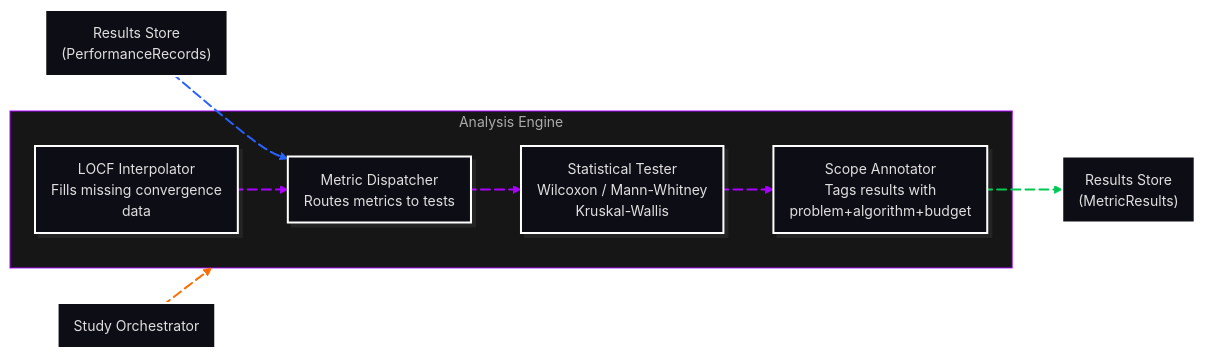
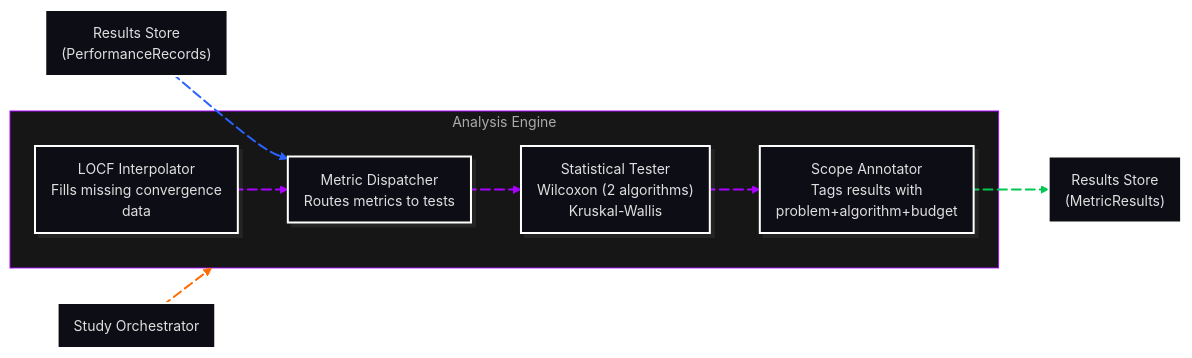
The diagram in docs/02-design/02-architecture/03-c4-leve2-containers/04-c4-leve3-components/04-analysis-engine/01-index.md (jedrzejpolaczek/aviarium.corvidae.corvus_corone), drawn with Mermaid before and after one commit. The commit also changed other lines of this file and 35 other files, not shown here.

````diff
--- a/docs/02-design/02-architecture/03-c4-leve2-containers/04-c4-leve3-components/04-analysis-engine/01-index.md
+++ b/docs/02-design/02-architecture/03-c4-leve2-containers/04-c4-leve3-components/04-analysis-engine/01-index.md
@@ -13,38 +13,38 @@
 ```mermaid
 ---
 config:
   look: neo
   theme: redux-dark
   themeVariables:
     background: transparent
 ---
 flowchart LR
   orch["Study Orchestrator"] L_orch_ae@--> ae
 
   subgraph ae["Analysis Engine"]
     md["Metric Dispatcher\nRoutes metrics to tests"]
-    st["Statistical Tester\nWilcoxon / Mann-Whitney\nKruskal-Wallis"]
+    st["Statistical Tester\nWilcoxon (2 algorithms)\nKruskal-Wallis"]
     sa["Scope Annotator\nTags results with\nproblem+algorithm+budget"]
     li["LOCF Interpolator\nFills missing convergence\ndata"]
   end
 
   store_in["Results Store\n(PerformanceRecords)"] L_store_md@--> md
   li L_li_md@--> md
   md L_md_st@--> st
   st L_st_sa@--> sa
   sa L_sa_store@--> store_out["Results Store\n(MetricResults)"]
 
   style ae fill:#161616,stroke:#AA00FF,color:#aaaaaa
 
   linkStyle 0 stroke:#FF6D00,fill:none
   linkStyle 1 stroke:#2962FF,fill:none
   linkStyle 2,3,4 stroke:#AA00FF,fill:none
   linkStyle 5 stroke:#00C853,fill:none
 
   L_orch_ae@{ animation: fast }
   L_store_md@{ animation: fast }
   L_li_md@{ animation: fast }
   L_md_st@{ animation: fast }
   L_st_sa@{ animation: fast }
   L_sa_store@{ animation: fast }
 ```
````
